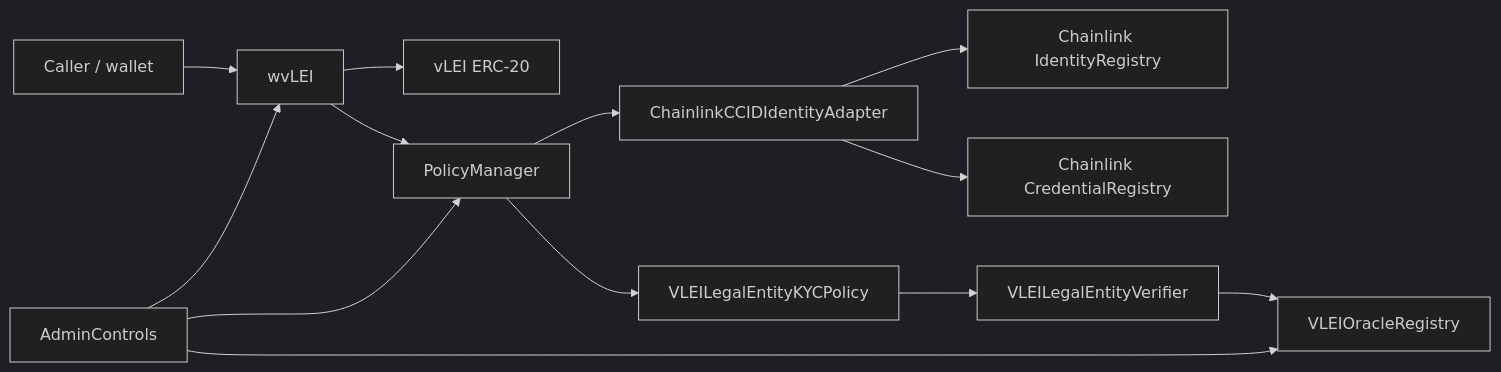
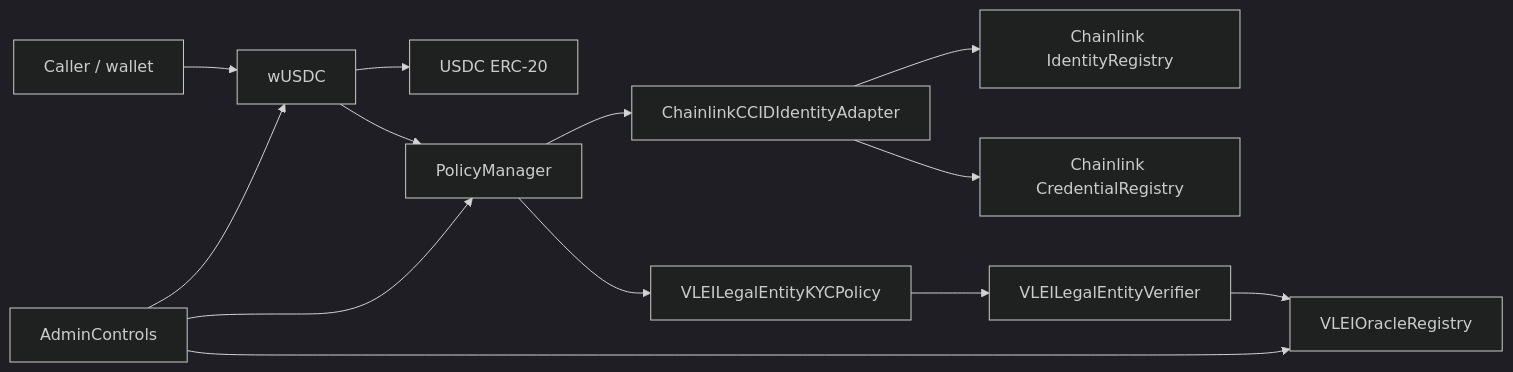
The diagram in docs/architecture.md (GLEIF-IT/vlei-comply), drawn with Mermaid (dark theme) before and after one commit. The commit also changed other lines of this file and 20 other files, not shown here.

Commit message:
change vLEI token to USDC token

````diff
--- a/docs/architecture.md
+++ b/docs/architecture.md
@@ -9,15 +9,15 @@
 ```mermaid
 flowchart LR
-  User["Caller / wallet"] --> Wrapper["wvLEI"]
-  Wrapper --> Asset["vLEI ERC-20"]
+  User["Caller / wallet"] --> Wrapper["wUSDC"]
+  Wrapper --> Asset["USDC ERC-20"]
   Wrapper --> Manager["PolicyManager"]
   Manager --> Adapter["ChainlinkCCIDIdentityAdapter"]
   Adapter --> ChainlinkId["Chainlink IdentityRegistry"]
   Adapter --> ChainlinkCred["Chainlink CredentialRegistry"]
   Manager --> Policy["VLEILegalEntityKYCPolicy"]
   Policy --> Verifier["VLEILegalEntityVerifier"]
   Verifier --> Oracle["VLEIOracleRegistry"]
   Admin["AdminControls"] --> Wrapper
   Admin --> Manager
   Admin --> Oracle
 ```
````
